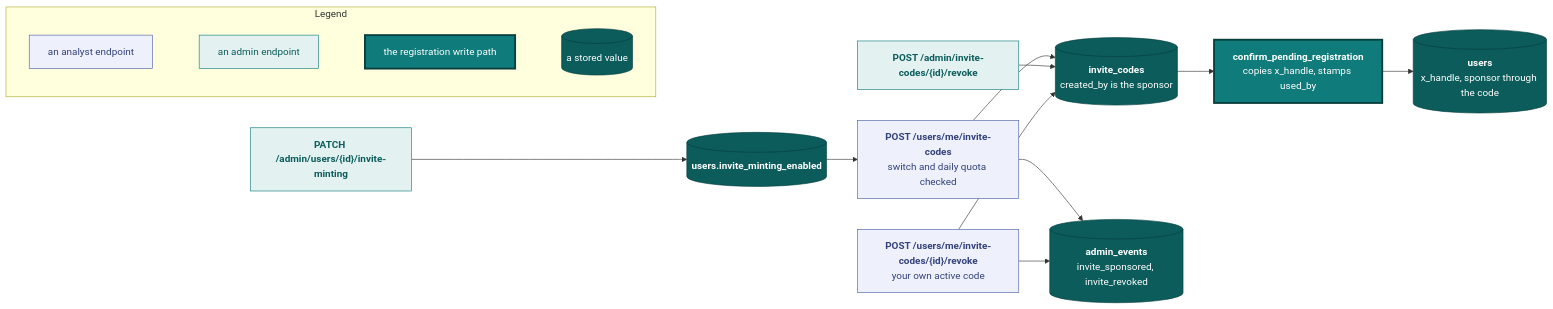
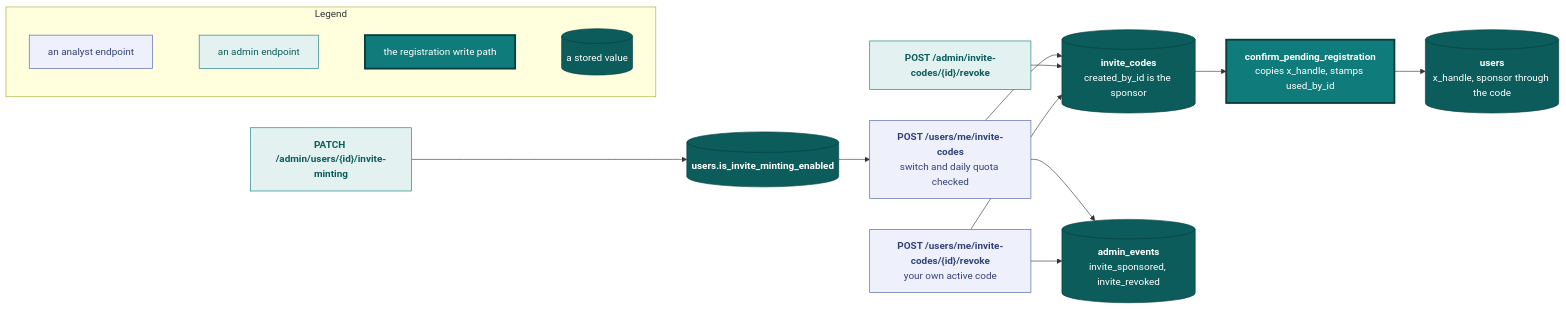
One commit to vidithq/vidit changed the sixth of 8 diagrams in docs/api.md. Above: the diagram before and after it, drawn with Mermaid. The commit also changed other lines of this file and 6 other files, not shown here.

Commit message:
docs: write the schema naming convention and use the new names

````diff
--- a/docs/api.md
+++ b/docs/api.md
@@ -2324,42 +2324,42 @@
 ```mermaid
 flowchart LR
   classDef spec fill:#eef1fb,stroke:#4a5fa5,color:#33417a
   classDef shared fill:#e3f2f1,stroke:#0f7b7a,color:#0b5c5b
   classDef core fill:#0f7b7a,stroke:#083f3e,stroke-width:3px,color:#ffffff
   classDef store fill:#0b5c5b,stroke:#083f3e,color:#ffffff
 
   subgraph legend [Legend]
     direction LR
     l1["`an analyst endpoint`"]:::spec
     l2["`an admin endpoint`"]:::shared
     l3["`the registration write path`"]:::core
     l4[("`a stored value`")]:::store
     l1 ~~~ l2 ~~~ l3 ~~~ l4
   end
 
   mint["`**POST /users/me/invite-codes**
   switch and daily quota checked`"]:::spec
   switch["`**PATCH /admin/users/{id}/invite-minting**`"]:::shared
   revoke["`**POST /admin/invite-codes/{id}/revoke**`"]:::shared
   selfrevoke["`**POST /users/me/invite-codes/{id}/revoke**
   your own active code`"]:::spec
-  flag[("`**users.invite_minting_enabled**`")]:::store
+  flag[("`**users.is_invite_minting_enabled**`")]:::store
   code[("`**invite_codes**
-  created_by is the sponsor`")]:::store
+  created_by_id is the sponsor`")]:::store
   audit[("`**admin_events**
   invite_sponsored, invite_revoked`")]:::store
   confirm["`**confirm_pending_registration**
-  copies x_handle, stamps used_by`"]:::core
+  copies x_handle, stamps used_by_id`"]:::core
   account[("`**users**
   x_handle, sponsor through the code`")]:::store
 
   switch --> flag
   flag --> mint
   mint --> code
   mint --> audit
   revoke --> code
   selfrevoke --> code
   selfrevoke --> audit
   code --> confirm
   confirm --> account
 ```
````
